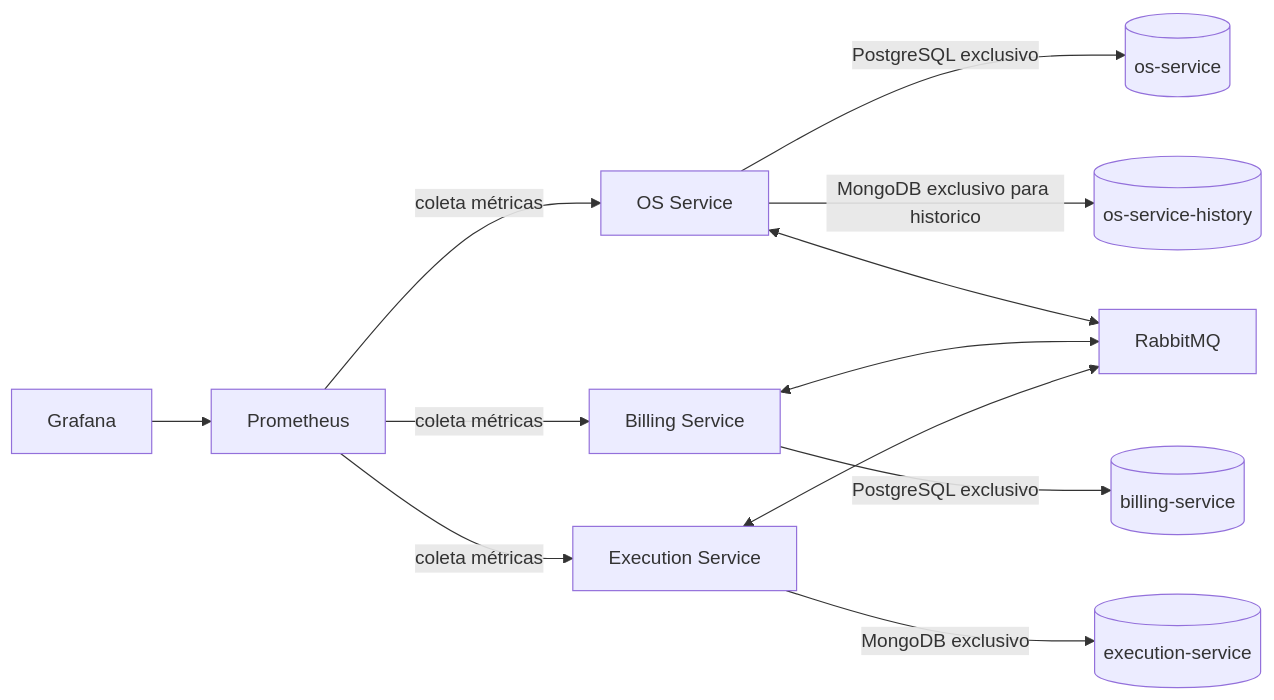
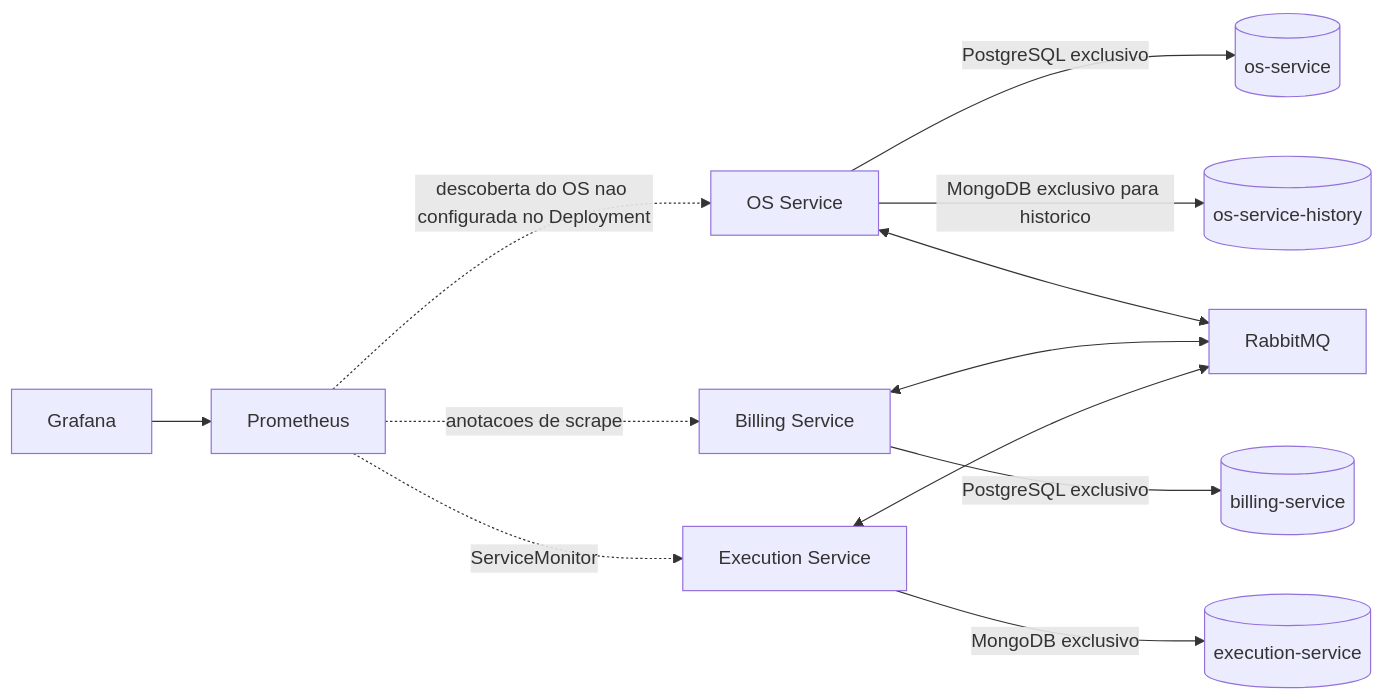
The diagram in README.md (Michael-Santana/tech-challenge-infrastructure), drawn with Mermaid before and after one commit. The commit also changed other lines of this file and 4 other files, not shown here.

First line of the commit message:
Document current service architecture and decisions

````diff
--- a/README.md
+++ b/README.md
@@ -29,14 +36,14 @@
 ```mermaid
 flowchart LR
   OS[OS Service] -->|PostgreSQL exclusivo| OSDB[(os-service)]
   OS -->|MongoDB exclusivo para historico| OSH[(os-service-history)]
   BILL[Billing Service] -->|PostgreSQL exclusivo| BILLDB[(billing-service)]
   EXEC[Execution Service] -->|MongoDB exclusivo| EXECDB[(execution-service)]
   OS <--> MQ[RabbitMQ]
   BILL <--> MQ
   EXEC <--> MQ
-  PROM[Prometheus] -->|coleta métricas| OS
-  PROM -->|coleta métricas| BILL
-  PROM -->|coleta métricas| EXEC
+  PROM[Prometheus] -.->|descoberta do OS nao configurada no Deployment| OS
+  PROM -.->|anotacoes de scrape| BILL
+  PROM -.->|ServiceMonitor| EXEC
   GRAF[Grafana] --> PROM
 ```
````
